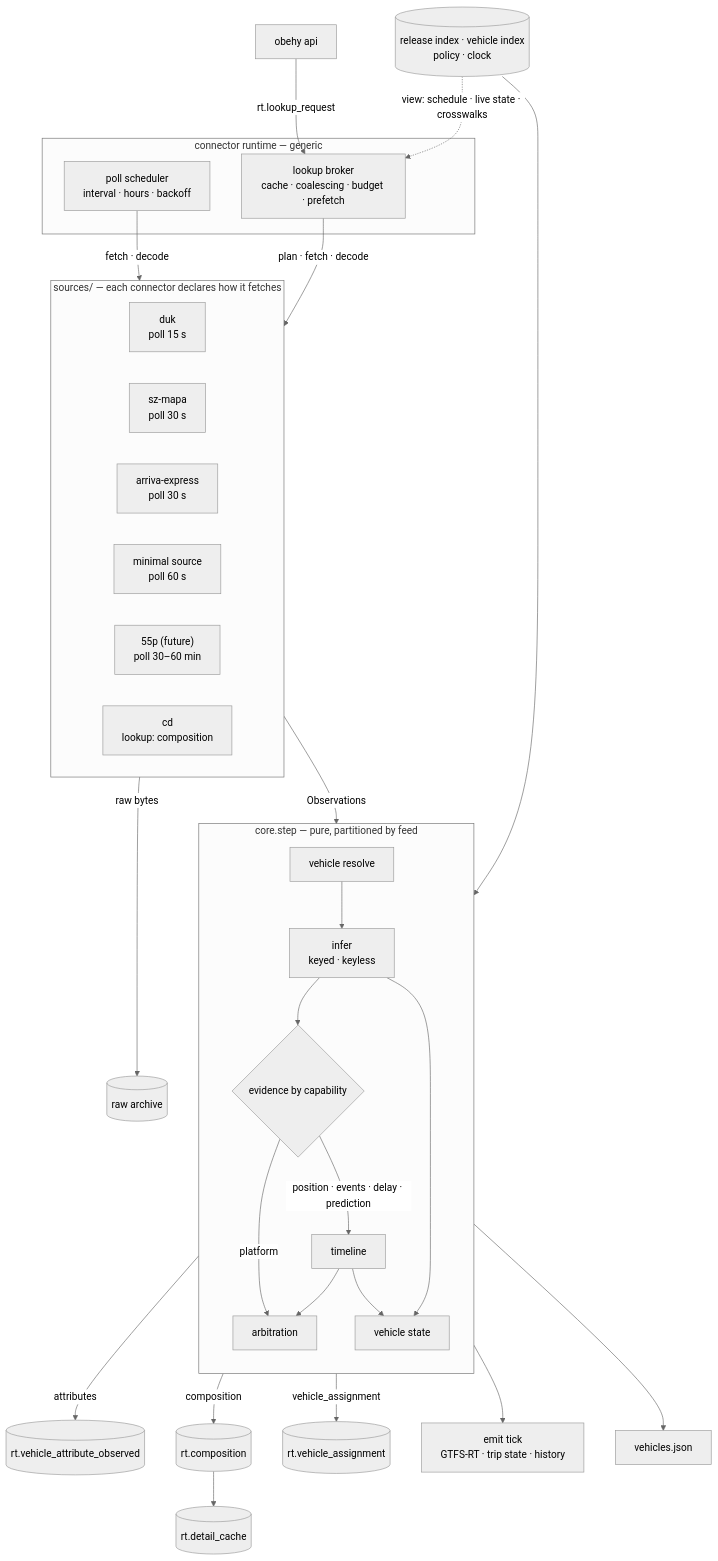
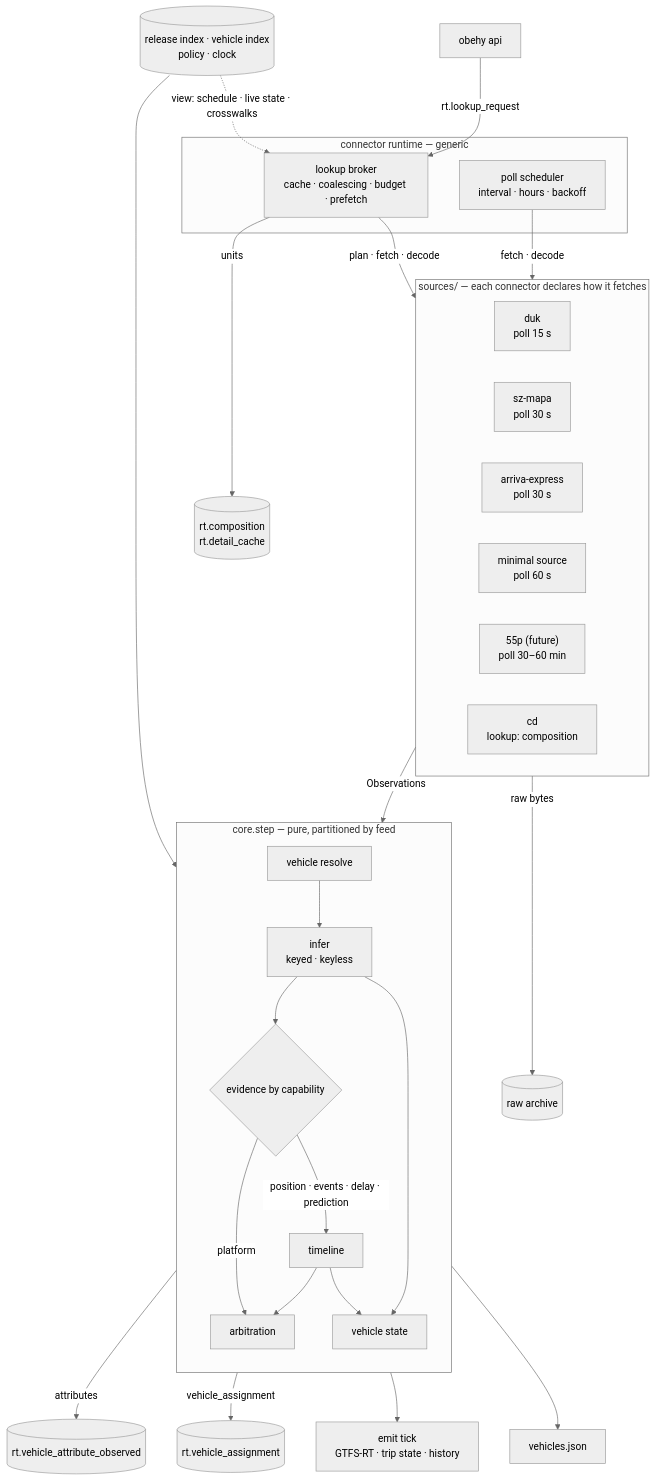
Before and after one commit to Sap1k/obehy: the second of 5 diagrams in ARCHITECTURE.md, drawn with Mermaid (neutral theme). The commit also changed other lines of this file and 37 other files, not shown here.

First line of the commit message:
feat(compositions): lookup broker, ČD connector, composition API

````diff
--- a/ARCHITECTURE.md
+++ b/ARCHITECTURE.md
@@ -161,41 +167,40 @@
 ```mermaid
 flowchart TB
   subgraph CONN["sources/ — each connector declares how it fetches"]
     direction LR
     duk["duk<br/>poll 15 s"]
     sz["sz-mapa<br/>poll 30 s"]
     arr["arriva-express<br/>poll 30 s"]
     mini["minimal source<br/>poll 60 s"]
     p55["55p (future)<br/>poll 30–60 min"]
     cd["cd<br/>lookup: composition"]
   end
   subgraph RUN["connector runtime — generic"]
     sched["poll scheduler<br/>interval · hours · backoff"]
     broker["lookup broker<br/>cache · coalescing · budget · prefetch"]
   end
   api["obehy api"] -->|"rt.lookup_request"| broker
+  broker -->|"units"| comp[("rt.composition<br/>rt.detail_cache")]
   sched -->|"fetch · decode"| CONN
   broker -->|"plan · fetch · decode"| CONN
   ctx -.->|"view: schedule · live state · crosswalks"| broker
   CONN -->|raw bytes| raw[("raw archive")]
   CONN -->|Observations| vres
 
   subgraph CORE["core.step — pure, partitioned by feed"]
     direction TB
     vres["vehicle resolve"] --> inf["infer<br/>keyed · keyless"]
     inf --> split{"evidence by capability"}
     split -->|"position · events · delay · prediction"| tl["timeline"]
     tl --> arb["arbitration"]
     inf --> vst["vehicle state"]
     tl --> vst
   end
   ctx[("release index · vehicle index<br/>policy · clock")] --> CORE
 
   split -->|attributes| attr[("rt.vehicle_attribute_observed")]
-  split -->|composition| comp[("rt.composition")]
   split -->|vehicle_assignment| vas[("rt.vehicle_assignment")]
   split -->|platform| arb
-  comp --> dc[("rt.detail_cache")]
   arb --> emit["emit tick<br/>GTFS-RT · trip state · history"]
   vst --> vjson["vehicles.json"]
 ```
````
